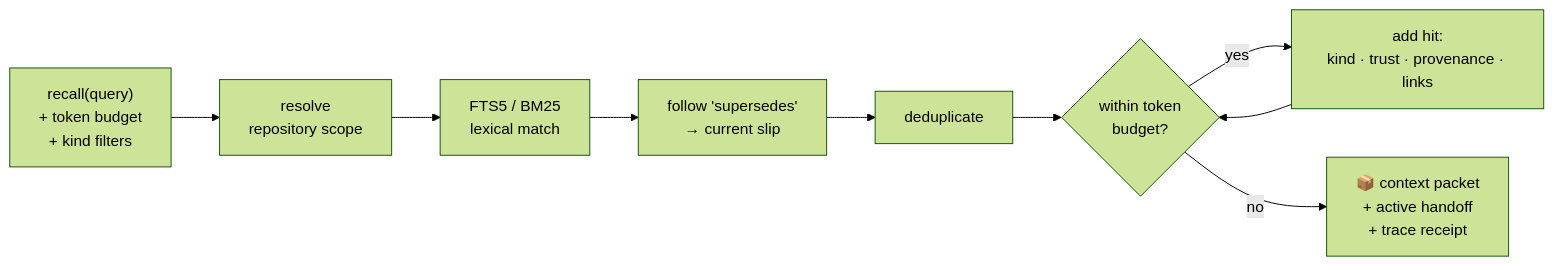
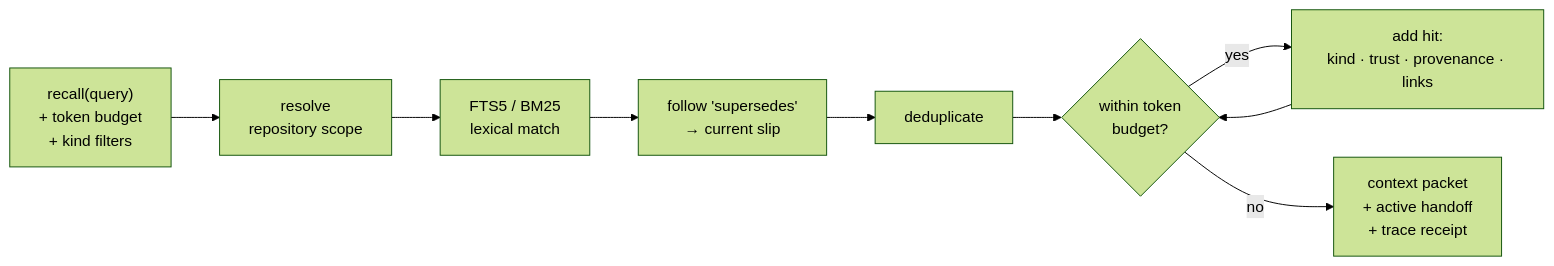
One commit to sanjayrohith/Dejavu changed the third of 4 diagrams in README.md. Above: the diagram before and after it, drawn with Mermaid (forest theme). The commit also changed other lines of this file and 4 other files, not shown here.

````diff
--- a/README.md
+++ b/README.md
@@ -150,11 +158,11 @@
 ```mermaid
 flowchart LR
     Q["recall(query)<br/>+ token budget<br/>+ kind filters"] --> SC["resolve<br/>repository scope"]
     SC --> FTS["FTS5 / BM25<br/>lexical match"]
     FTS --> SUP["follow 'supersedes'<br/>→ current slip"]
     SUP --> DED["deduplicate"]
     DED --> BUD{"within token<br/>budget?"}
     BUD -->|yes| PKT["add hit:<br/>kind · trust · provenance · links"]
     PKT --> BUD
-    BUD -->|no| OUT["📦 context packet<br/>+ active handoff<br/>+ trace receipt"]
+    BUD -->|no| OUT["context packet<br/>+ active handoff<br/>+ trace receipt"]
 ```
````
